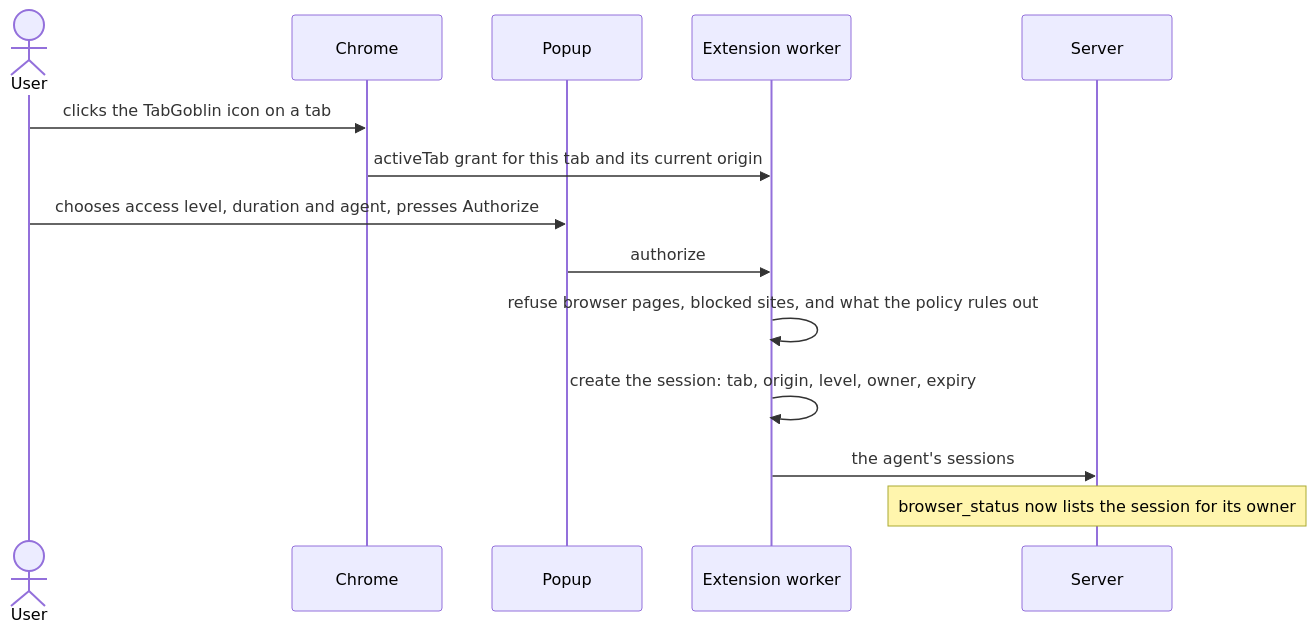
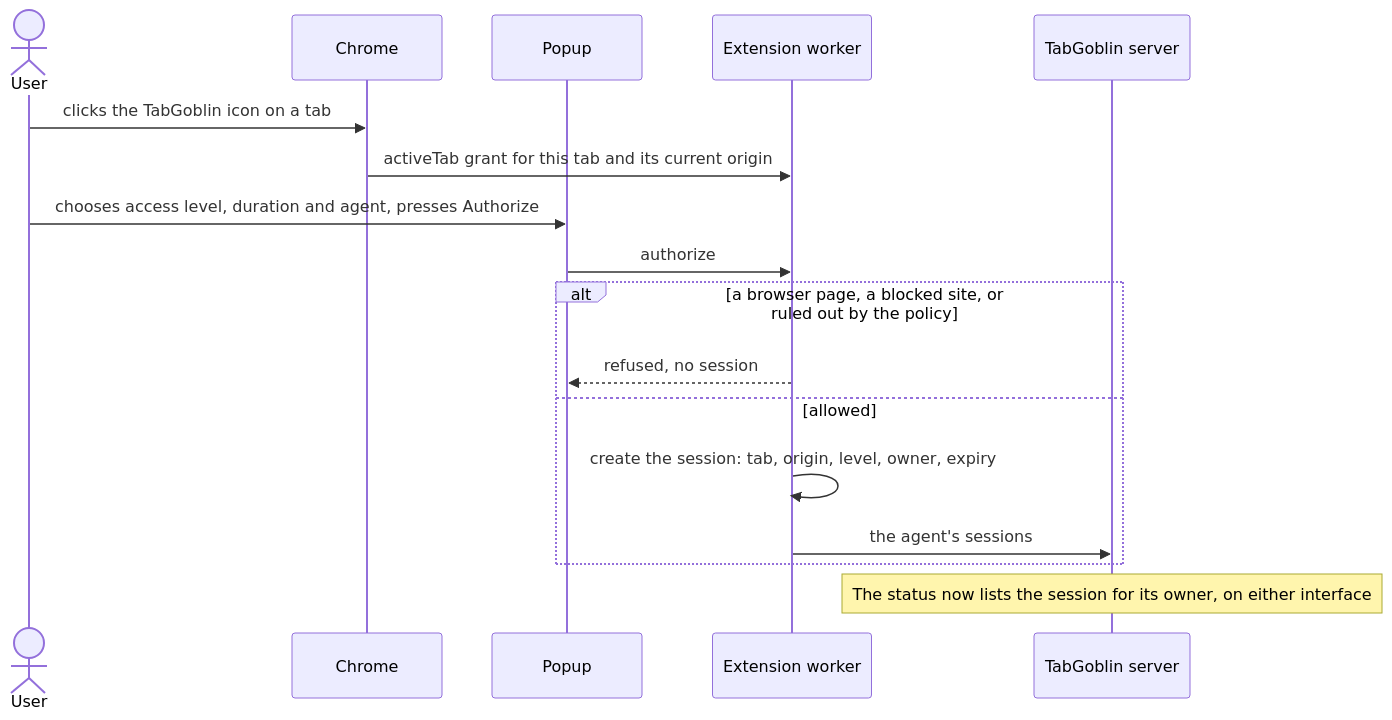
Before and after one commit to LaughingManCommits/TabGoblin: the third of 7 diagrams in docs/architecture.md, drawn with Mermaid. The commit also changed other lines of this file and 7 other files, not shown here.

First line of the commit message:
The diagrams redrawn: one concept each, the same names, CLI and MCP side by side

````diff
--- a/docs/architecture.md
+++ b/docs/architecture.md
@@ -230,16 +227,19 @@
 ```mermaid
 sequenceDiagram
   actor U as User
   participant C as Chrome
   participant P as Popup
   participant B as Extension worker
-  participant S as Server
+  participant S as TabGoblin server
   U->>C: clicks the TabGoblin icon on a tab
   C->>B: activeTab grant for this tab and its current origin
   U->>P: chooses access level, duration and agent, presses Authorize
   P->>B: authorize
-  B->>B: refuse browser pages, blocked sites, and what the policy rules out
-  B->>B: create the session: tab, origin, level, owner, expiry
-  B->>S: the agent's sessions
-  Note over S: browser_status now lists the session for its owner
+  alt a browser page, a blocked site, or ruled out by the policy
+    B-->>P: refused, no session
+  else allowed
+    B->>B: create the session: tab, origin, level, owner, expiry
+    B->>S: the agent's sessions
+  end
+  Note over S: The status now lists the session for its owner, on either interface
 ```
````
